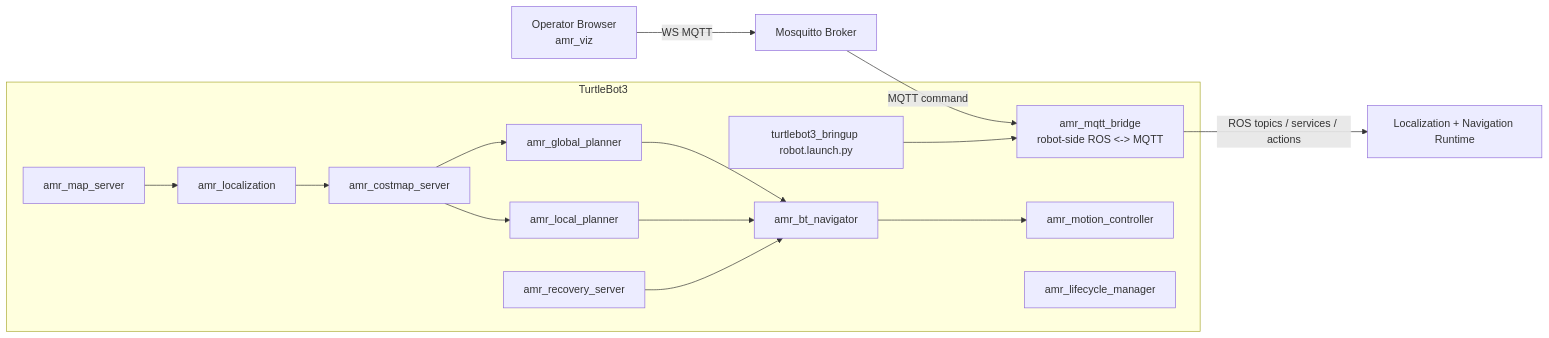
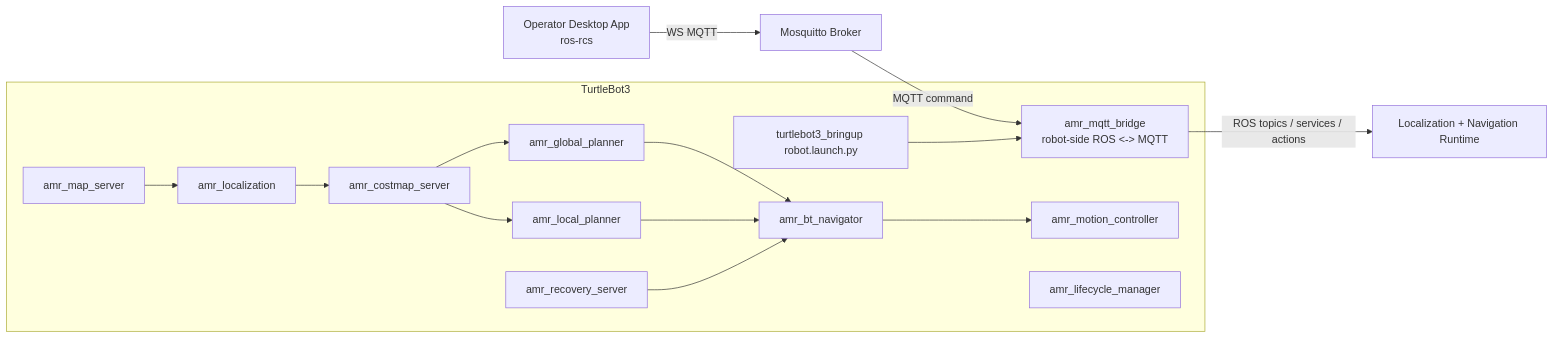
The diagram in README.md (reidlo5135/ros-amr-navigation), drawn with Mermaid before and after one commit. The commit also changed other lines of this file and 35 other files, not shown here.

Commit message:
chore: remove in-repo amr_viz app

````diff
--- a/README.md
+++ b/README.md
@@ -15,29 +16,29 @@
 ```mermaid
 flowchart LR
-    Browser["Operator Browser<br/>amr_viz"] -->|WS MQTT| Broker["Mosquitto Broker"]
+    Desktop["Operator Desktop App<br/>ros-rcs"] -->|WS MQTT| Broker["Mosquitto Broker"]
     Broker -->|MQTT command| RobotBridge["amr_mqtt_bridge<br/>robot-side ROS <-> MQTT"]
     RobotBridge -->|ROS topics / services / actions| Nav["Localization + Navigation Runtime"]
 
     subgraph TB3["TurtleBot3"]
         TB3Bringup["turtlebot3_bringup robot.launch.py"]
         RobotBridge
         MapServer["amr_map_server"]
         Localization["amr_localization"]
         Costmap["amr_costmap_server"]
         GlobalPlanner["amr_global_planner"]
         LocalPlanner["amr_local_planner"]
         Motion["amr_motion_controller"]
         Recovery["amr_recovery_server"]
         Navigator["amr_bt_navigator"]
         Lifecycle["amr_lifecycle_manager"]
         TB3Bringup --> RobotBridge
         MapServer --> Localization
         Localization --> Costmap
         Costmap --> GlobalPlanner
         Costmap --> LocalPlanner
         GlobalPlanner --> Navigator
         LocalPlanner --> Navigator
         Recovery --> Navigator
         Navigator --> Motion
     end
 ```
````
